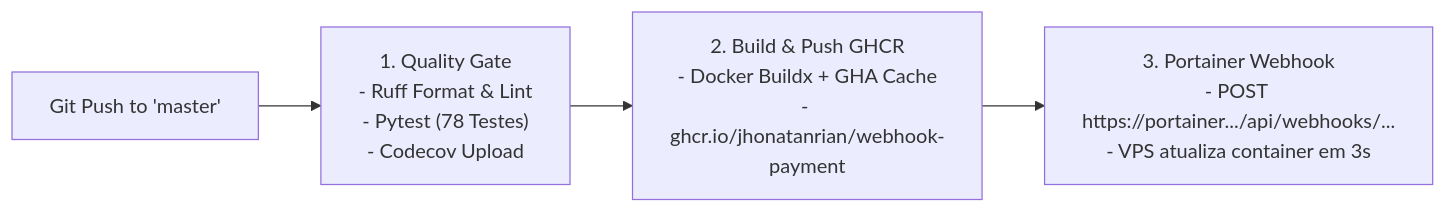
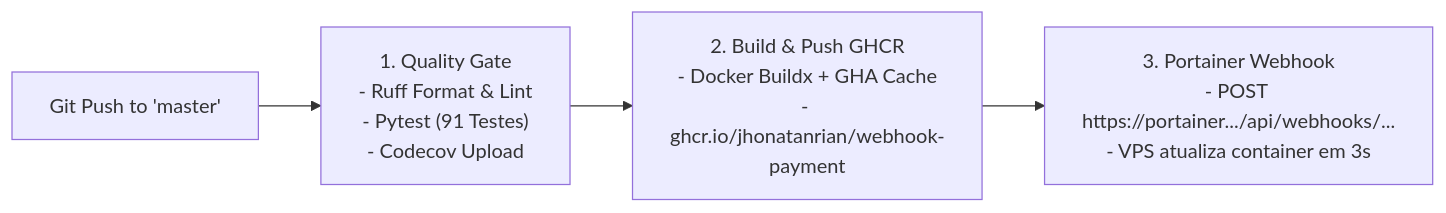
Before and after one commit to JhonatanRian/webhook-payment: the second of 2 diagrams in docs/deployment.md, drawn with Mermaid. The commit also changed 2 other files, not shown here.

Commit message:
docs: update test count and 100% coverage references across all documentation

````diff
--- a/docs/deployment.md
+++ b/docs/deployment.md
@@ -38,6 +38,6 @@
 ```mermaid
 flowchart LR
-    PUSH["Git Push to 'master'"] --> TEST["1. Quality Gate\n- Ruff Format & Lint\n- Pytest (78 Testes)\n- Codecov Upload"]
+    PUSH["Git Push to 'master'"] --> TEST["1. Quality Gate\n- Ruff Format & Lint\n- Pytest (91 Testes)\n- Codecov Upload"]
     TEST --> BUILD["2. Build & Push GHCR\n- Docker Buildx + GHA Cache\n- ghcr.io/jhonatanrian/webhook-payment"]
     BUILD --> PORTAINER["3. Portainer Webhook\n- POST https://portainer.../api/webhooks/...\n- VPS atualiza container em 3s"]
 ```
````
